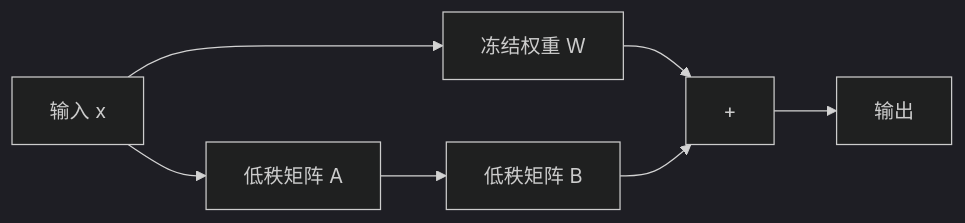
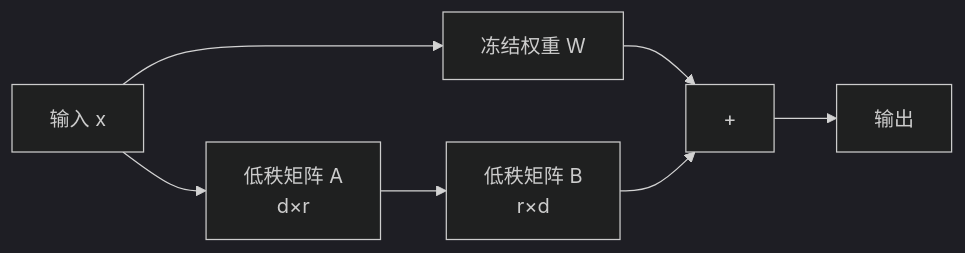
The sixth of 17 diagrams in docs/llms/training/index.md (likebeans/notes-on-llms), drawn with Mermaid (dark theme) before and after one commit. The commit also changed other lines of this file and 9 other files, not shown here.

Commit message:
docs: 更新training目录下所有文档 - 添加图片和详细内容

````diff
--- a/docs/llms/training/index.md
+++ b/docs/llms/training/index.md
@@ -246,9 +385,9 @@
 ```mermaid
 flowchart LR
     X[输入 x] --> W0[冻结权重 W]
-    X --> A[低秩矩阵 A]
-    A --> B[低秩矩阵 B]
+    X --> A[低秩矩阵 A<br/>d×r]
+    A --> B[低秩矩阵 B<br/>r×d]
     W0 --> ADD[+]
     B --> ADD
     ADD --> Y[输出]
 ```
````
